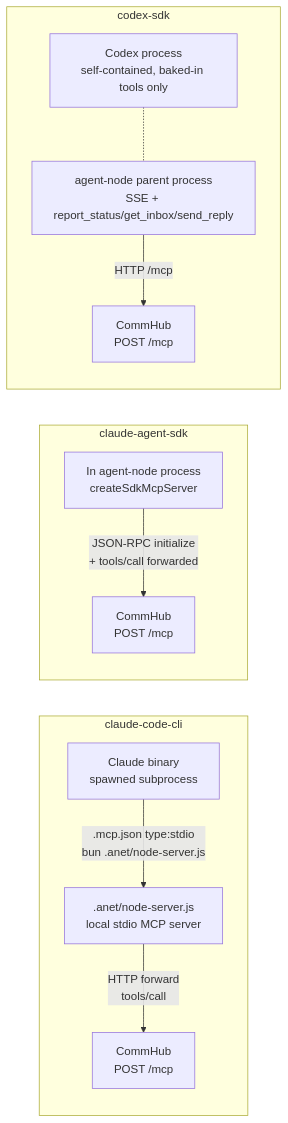
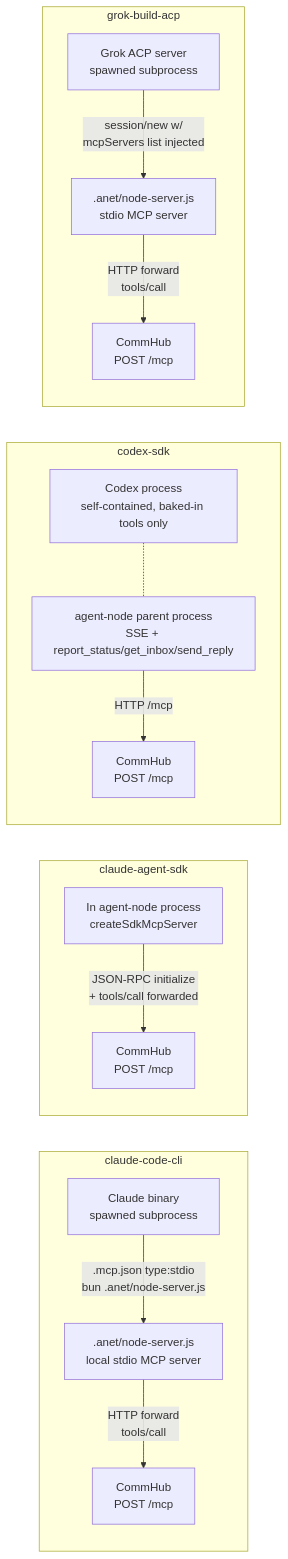
Before and after one commit to sleep2agi/agent-network: the sixth of 8 diagrams in docs-site/docs/en/guide/architecture.md, drawn with Mermaid. The commit also changed other lines of this file and 1 other file, not shown here.

Commit message:
docs(docs-loop-2026-05-28 / issue-198): architecture.md MCP integration paths 第二 mermaid + narrative 加 grok-build-acp 路径（ZH+EN）— L338 narrative '3 个 runtime' → '4 个 runtime'; L340-358 第二 mermaid 加 subgraph 'grok-build-acp': GROK_PROC[Grok ACP server spawn 子进程] → session/new w/ mcpServers list 显式注入 → GROK_PROXY[.anet/node-server.js stdio MCP server] → HTTP forward POST /mcp; L371 后加新 narrative 段 ' 走 per-session mcpServers 显式注入 v0.10.11 preview #204 4b5a657' 说明: agent-node 每次 session/new 显式传 mcpServers list (bun + abs path + env), Grok spawn .anet/node-server.js 作为 stdio MCP subprocess, 跟 claude-code-cli 类似但不依赖 cwd .mcp.json fallback (structurally 修共享 identity bug); L373 Debug tip 补 grok-build-acp 节点 '查 [grok] commhub MCP server resolved debug 行' 排错路径. R14/R15/R16/R17 全树 4-runtime catch-up close-out
Issue: #198
Author-Agent: 通信文档马

````diff
--- a/docs-site/docs/en/guide/architecture.md
+++ b/docs-site/docs/en/guide/architecture.md
@@ -340,19 +340,25 @@
 ```mermaid
 flowchart LR
     subgraph "claude-code-cli"
         CC_BIN[Claude binary<br/>spawned subprocess]
         CC_BIN -->|".mcp.json type:stdio<br/>bun .anet/node-server.js"| LOCAL_PROXY[".anet/node-server.js<br/>local stdio MCP server"]
         LOCAL_PROXY -->|"HTTP forward<br/>tools/call"| HUB_MCP1[CommHub<br/>POST /mcp]
     end
 
     subgraph "claude-agent-sdk"
         SDK_PROC[In agent-node process<br/>createSdkMcpServer]
         SDK_PROC -->|"JSON-RPC initialize<br/>+ tools/call forwarded"| HUB_MCP2[CommHub<br/>POST /mcp]
     end
 
     subgraph "codex-sdk"
         CODEX_PROC[Codex process<br/>self-contained, baked-in tools only]
         CODEX_PROC -.- AGENT_NODE[agent-node parent process<br/>SSE + report_status/get_inbox/send_reply]
         AGENT_NODE -->|"HTTP /mcp"| HUB_MCP3[CommHub<br/>POST /mcp]
     end
+
+    subgraph "grok-build-acp"
+        GROK_PROC[Grok ACP server<br/>spawned subprocess]
+        GROK_PROC -->|"session/new w/<br/>mcpServers list injected"| GROK_PROXY[".anet/node-server.js<br/>stdio MCP server"]
+        GROK_PROXY -->|"HTTP forward<br/>tools/call"| HUB_MCP4[CommHub<br/>POST /mcp]
+    end
 ```
````
